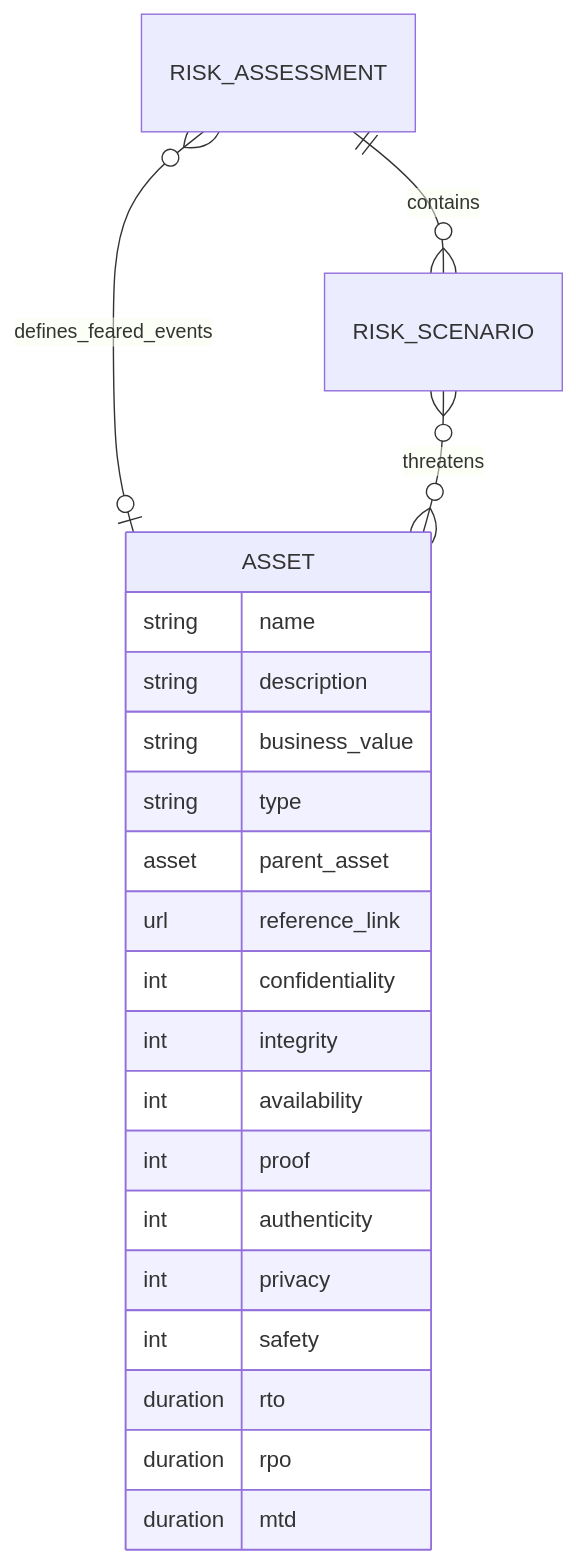
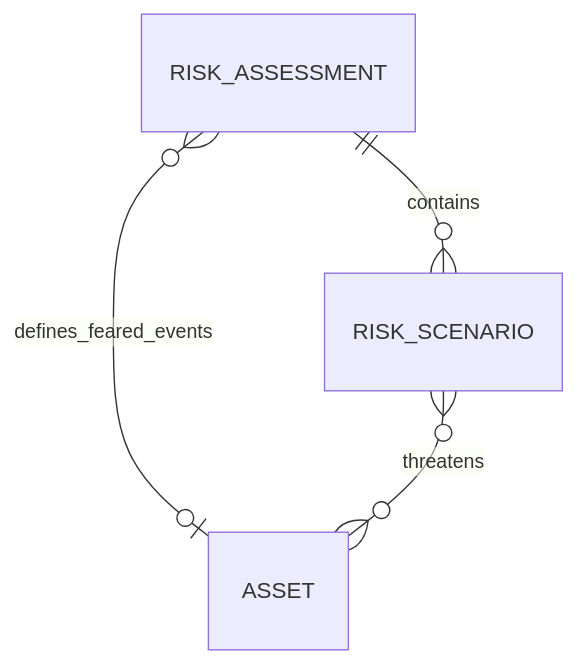
Before and after one commit to intuitem/ciso-assistant-community: diagram 11 of 11 in documentation/architecture/data-model.md, drawn with Mermaid. The commit also changed other lines of this file, not shown here.

````diff
--- a/documentation/architecture/data-model.md
+++ b/documentation/architecture/data-model.md
@@ -1417,27 +1448,9 @@
 ```mermaid
 erDiagram
 
     RISK_ASSESSMENT       }o--o| ASSET                 : defines_feared_events
     RISK_SCENARIO         }o--o{ ASSET                 : threatens
     RISK_ASSESSMENT       ||--o{ RISK_SCENARIO         : contains
     
-    ASSET {
-        string   name
-        string   description
-        string   business_value
-        string   type
-        asset    parent_asset
-        url      reference_link
-        int      confidentiality
-        int      integrity
-        int      availability
-        int      proof
-        int      authenticity
-        int      privacy
-        int      safety
-        duration rto
-        duration rpo
-        duration mtd
-    }
 
 ```
````
